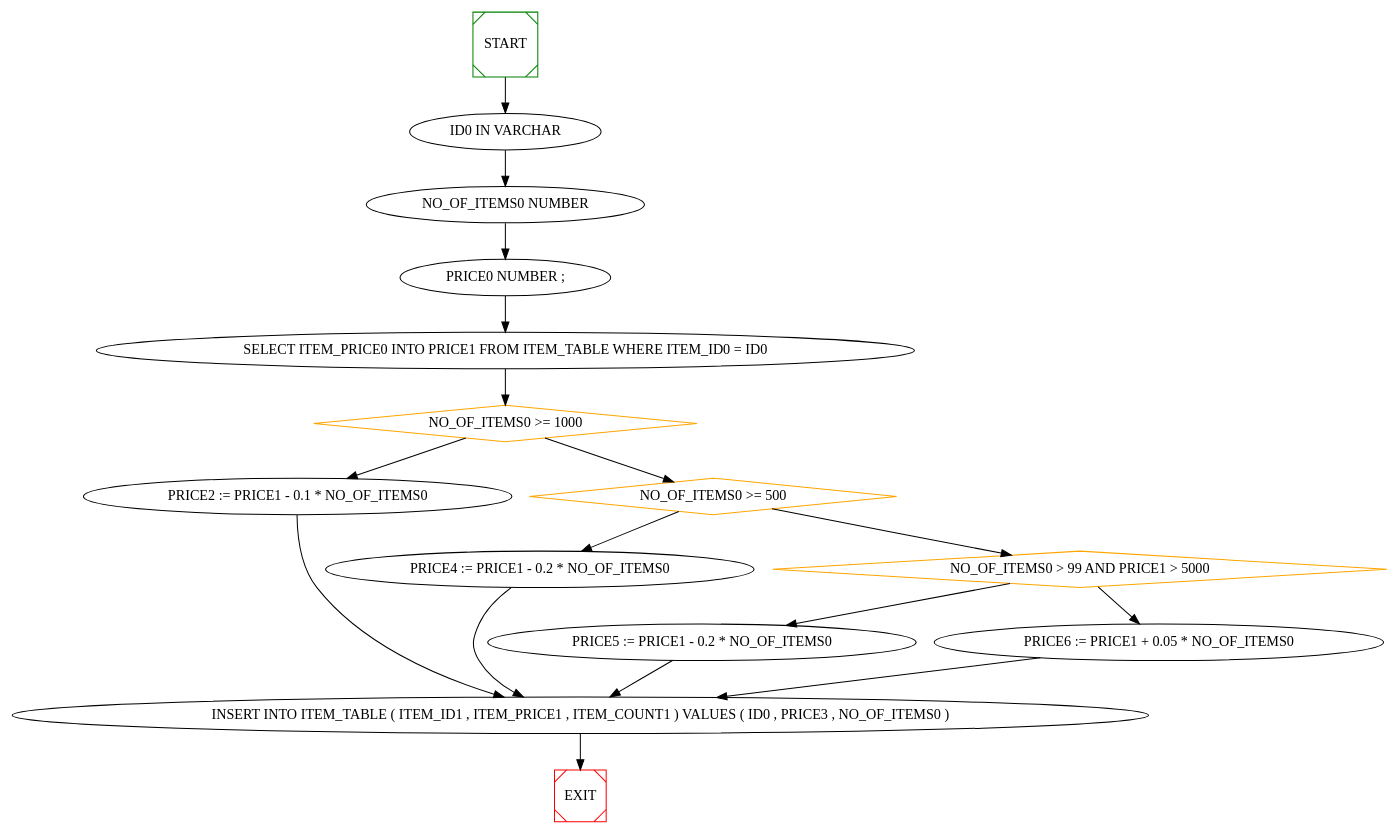
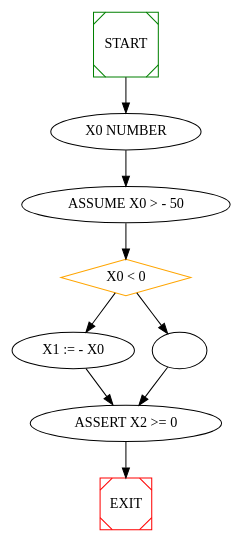
One commit to NabeelQaiser/BTP_2k18-19 changed the diagram in se/versioned_graph.dot. Above: the diagram before and after it, drawn with Graphviz. The commit also changed 45 other files, not shown here.

```diff
--- a/se/versioned_graph.dot
+++ b/se/versioned_graph.dot
@@ -1,60 +1,34 @@
 digraph G {
 
 	
 	0[ label=""  ] ;
 	
 	0 -> 1 ;
 	
-	1[ label="ID0 IN VARCHAR "  ] ;
+	1[ label="X0 NUMBER "  ] ;
 	
 	1 -> 2 ;
 	
-	2[ label="NO_OF_ITEMS0 NUMBER "  ] ;
+	2[ label="ASSUME X0 > - 50 "  ] ;
 	
 	2 -> 3 ;
 	
-	3[ label="PRICE0 NUMBER ; "  ] ;
+	3[ label="X0 < 0 " , color=orange, shape=diamond ] ;
 	
 	3 -> 4 ;
+	3 -> 5 ;
 	
-	4[ label="SELECT ITEM_PRICE0 INTO PRICE1 FROM ITEM_TABLE WHERE ITEM_ID0 = ID0 "  ] ;
+	4[ label="X1 := - X0 "  ] ;
 	
-	4 -> 5 ;
+	4 -> 6 ;
 	
-	5[ label="NO_OF_ITEMS0 >= 1000 " , color=orange, shape=diamond ] ;
+	5[ label=""  ] ;
 	
 	5 -> 6 ;
-	5 -> 7 ;
 	
-	6[ label="PRICE2 := PRICE1 - 0.1 * NO_OF_ITEMS0 "  ] ;
-	
-	6 -> 12 ;
-	
-	7[ label="NO_OF_ITEMS0 >= 500 " , color=orange, shape=diamond ] ;
-	
-	7 -> 8 ;
-	7 -> 9 ;
-	
-	8[ label="PRICE4 := PRICE1 - 0.2 * NO_OF_ITEMS0 "  ] ;
-	
-	8 -> 12 ;
-	
-	9[ label="NO_OF_ITEMS0 > 99 AND PRICE1 > 5000 " , color=orange, shape=diamond ] ;
-	
-	9 -> 10 ;
-	9 -> 11 ;
-	
-	10[ label="PRICE5 := PRICE1 - 0.2 * NO_OF_ITEMS0 "  ] ;
-	
-	10 -> 12 ;
-	
-	11[ label="PRICE6 := PRICE1 + 0.05 * NO_OF_ITEMS0 "  ] ;
-	
-	11 -> 12 ;
-	
-	12[ label="INSERT INTO ITEM_TABLE ( ITEM_ID1 , ITEM_PRICE1 , ITEM_COUNT1 ) VALUES ( ID0 , PRICE3 , NO_OF_ITEMS0 ) "  ] ;
+	6[ label="ASSERT X2 >= 0 "  ] ;
 	
 	0[ label="START", shape=Msquare, color=green ] ;
-	12 -> EXIT ;EXIT[ shape=Msquare, color=red ] ;
+	6 -> EXIT ;EXIT[ shape=Msquare, color=red ] ;
 	
 }
```
